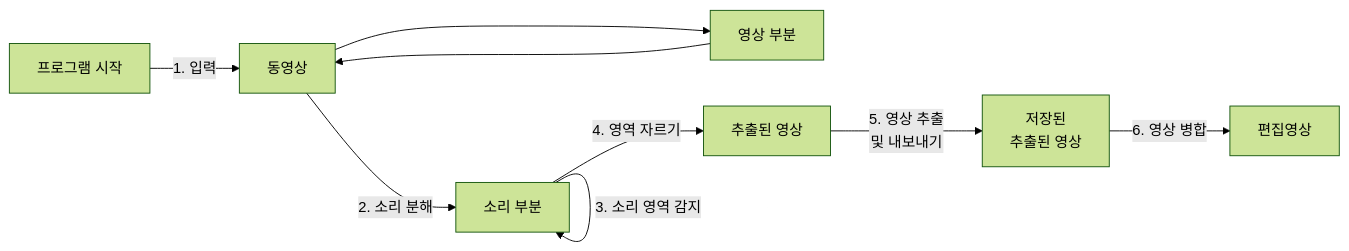
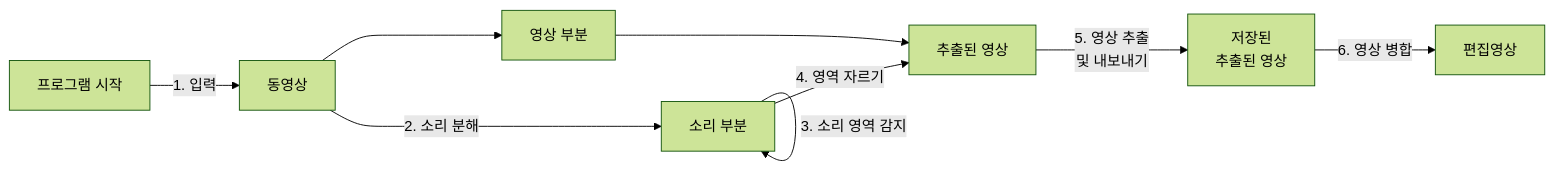
The diagram in Project/01 영상편집 도우미 in python/README.md (SAgiKPJH/SAGI_JJU-JJUCODE-), drawn with Mermaid (forest theme) before and after one commit.

Commit message:
Edit Mermaid

````diff
--- a/Project/01 영상편집 도우미 in python/README.md
+++ b/Project/01 영상편집 도우미 in python/README.md
@@ -16,7 +16,7 @@
 ```mermaid
 flowchart LR
-Z["프로그램 시작"]--1. 입력--> A["동영상"] --->B_1["영상 부분"]--->
+Z["프로그램 시작"]--1. 입력--> A["동영상"] --->B_1["영상 부분"]--->C
 A --2. 소리 분해--> B_2["소리 부분"]
 B_2 --3. 소리 영역 감지-->B_2 --4. 영역 자르기--> C["추출된 영상"]
 C --5. 영상 추출 <br>및 내보내기-->D["저장된<br> 추출된 영상"] --6. 영상 병합-->E["편집영상"]
 ```
````
